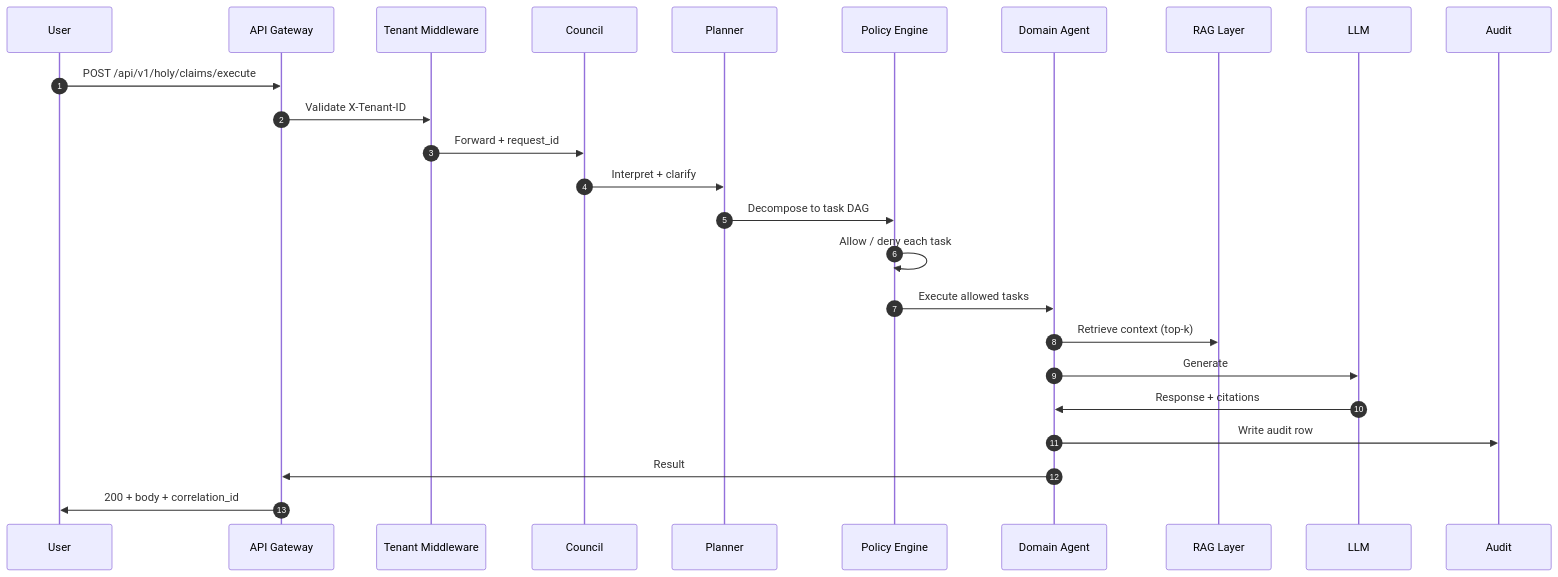
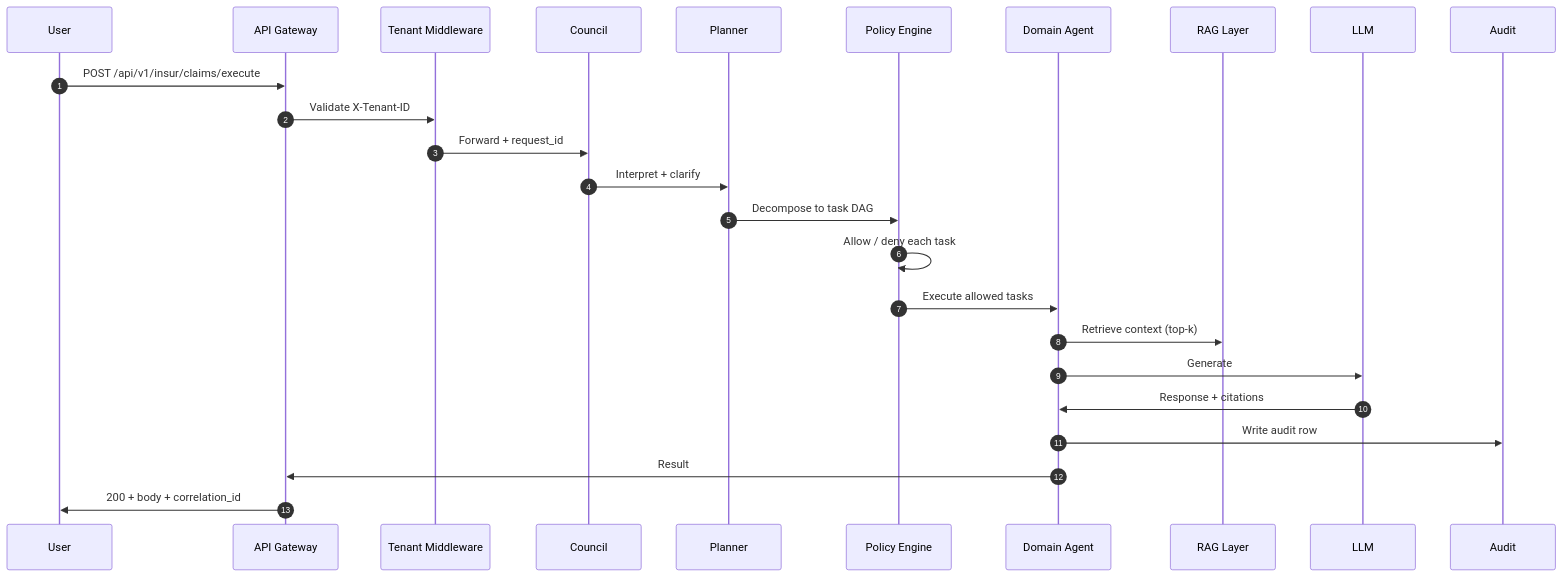
One commit to PraveenAsthana123/insurance changed the second of 2 diagrams in global-ai-org/departments/claims/business-layer/INSUR_ARCHITECTURE_FLOW.md. Above: the diagram before and after it, drawn with Mermaid. The commit also changed 974 other files, not shown here.

````diff
--- a/global-ai-org/departments/claims/business-layer/INSUR_ARCHITECTURE_FLOW.md
+++ b/global-ai-org/departments/claims/business-layer/INSUR_ARCHITECTURE_FLOW.md
@@ -89,28 +89,28 @@
 ```mermaid
 sequenceDiagram
     autonumber
     participant U as User
     participant GW as API Gateway
     participant TM as Tenant Middleware
     participant CO as Council
     participant PL as Planner
     participant PO as Policy Engine
     participant DA as Domain Agent
     participant RAG as RAG Layer
     participant LLM as LLM
     participant AU as Audit
 
-    U->>GW: POST /api/v1/holy/claims/execute
+    U->>GW: POST /api/v1/insur/claims/execute
     GW->>TM: Validate X-Tenant-ID
     TM->>CO: Forward + request_id
     CO->>PL: Interpret + clarify
     PL->>PO: Decompose to task DAG
     PO->>PO: Allow / deny each task
     PO->>DA: Execute allowed tasks
     DA->>RAG: Retrieve context (top-k)
     DA->>LLM: Generate
     LLM->>DA: Response + citations
     DA->>AU: Write audit row
     DA->>GW: Result
     GW->>U: 200 + body + correlation_id
 ```
````
